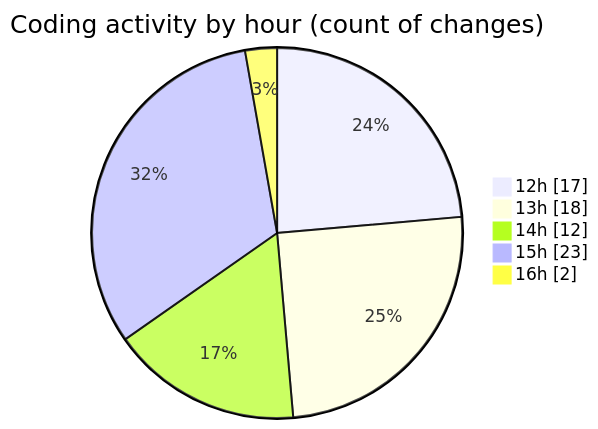
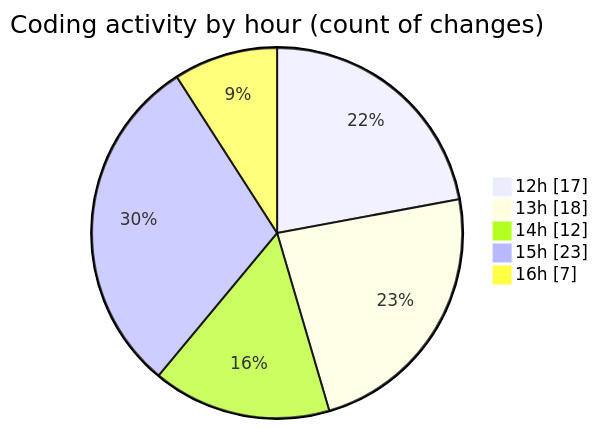
Before and after one commit to CELIANVF/code-tracking: the second of 2 diagrams in 2025-06-01/video_app/README.md, drawn with Mermaid. The commit also changed other lines of this file and 1 other file, not shown here.

````diff
--- a/2025-06-01/video_app/README.md
+++ b/2025-06-01/video_app/README.md
@@ -38,9 +38,9 @@
 ```mermaid
 pie showData
 title Coding activity by hour (count of changes)
 "12h" : 17
 "13h" : 18
 "14h" : 12
 "15h" : 23
-"16h" : 2
+"16h" : 7
 ```
````
